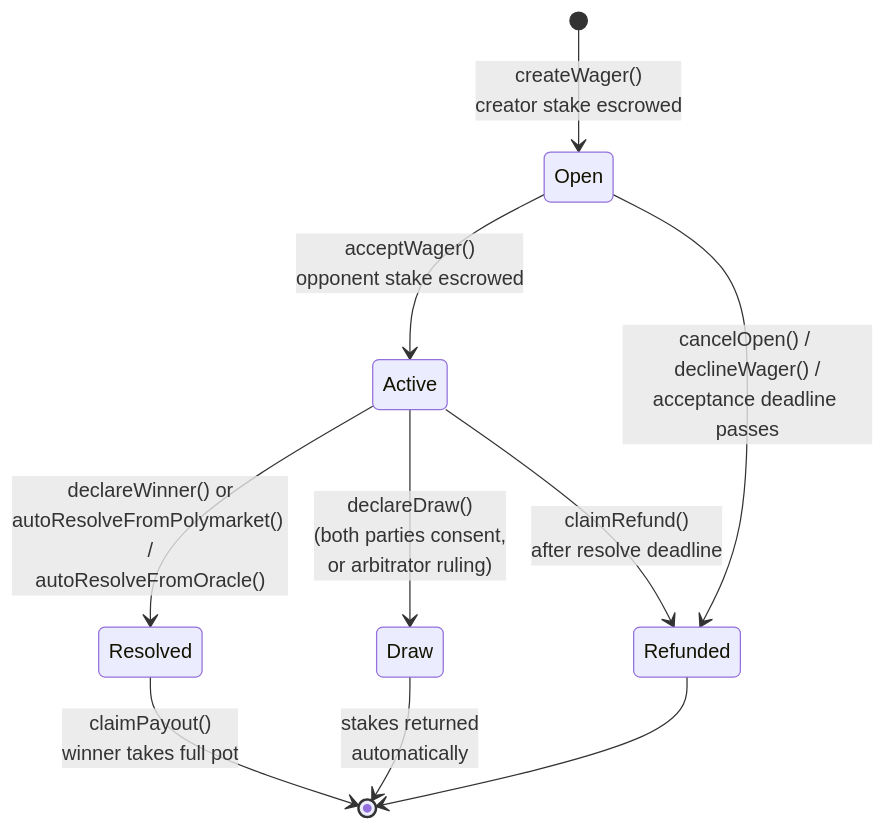
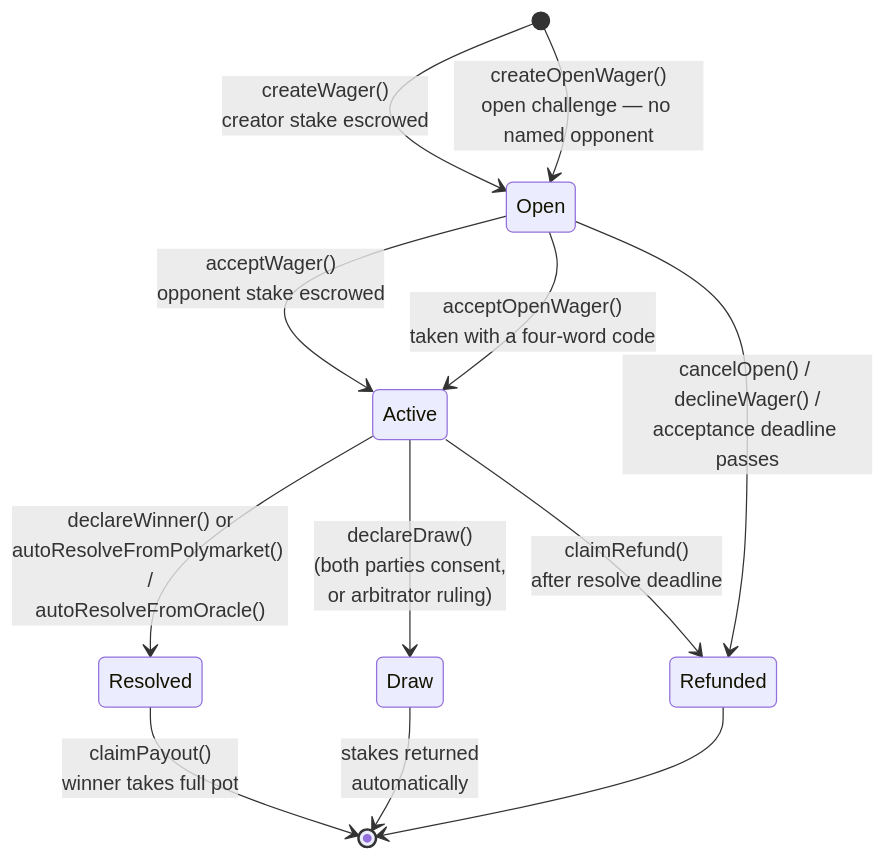
The first of 2 diagrams in docs/system-overview/how-it-works.md (chippr-robotics/prediction-dao-research), drawn with Mermaid before and after one commit. The commit also changed other lines of this file and 22 other files, not shown here.

````diff
--- a/docs/system-overview/how-it-works.md
+++ b/docs/system-overview/how-it-works.md
@@ -12,12 +12,14 @@
 ```mermaid
 stateDiagram-v2
     [*] --> Open: createWager()<br/>creator stake escrowed
+    [*] --> Open: createOpenWager()<br/>open challenge — no named opponent
     Open --> Active: acceptWager()<br/>opponent stake escrowed
+    Open --> Active: acceptOpenWager()<br/>taken with a four-word code
     Open --> Refunded: cancelOpen() / declineWager() /<br/>acceptance deadline passes
     Active --> Resolved: declareWinner() or<br/>autoResolveFromPolymarket() /<br/>autoResolveFromOracle()
     Active --> Draw: declareDraw()<br/>(both parties consent,<br/>or arbitrator ruling)
     Active --> Refunded: claimRefund()<br/>after resolve deadline
     Resolved --> [*]: claimPayout()<br/>winner takes full pot
     Draw --> [*]: stakes returned<br/>automatically
     Refunded --> [*]
 ```
````
